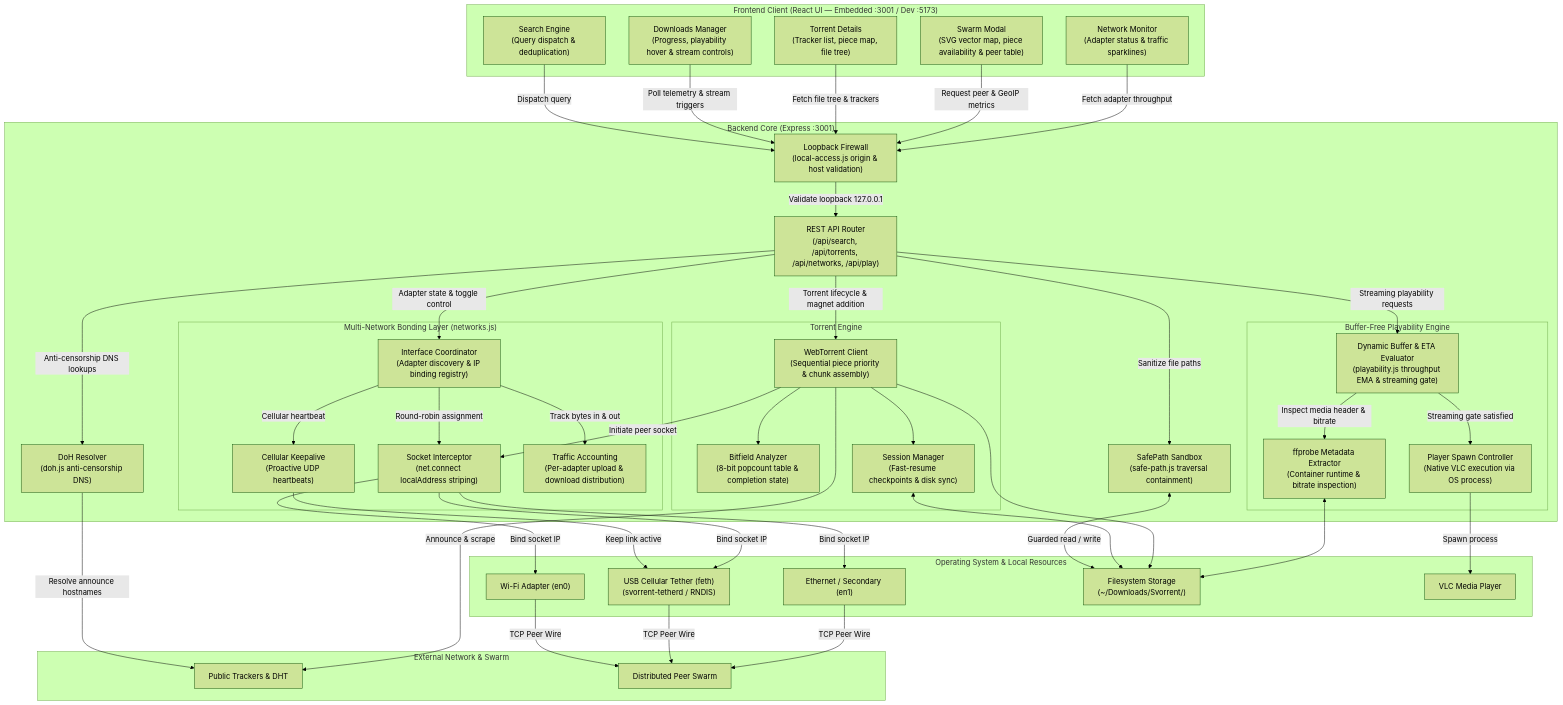
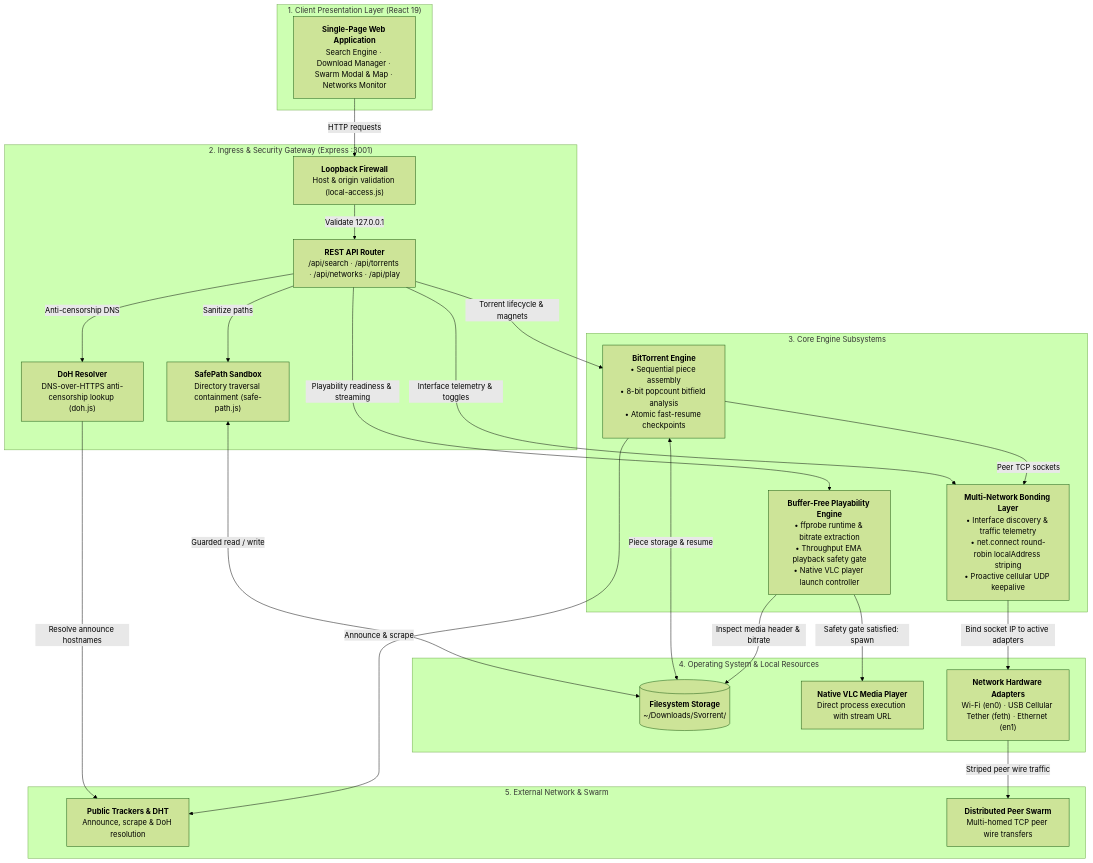
The diagram in README.md (AdhishXD/svorrent), drawn with Mermaid (forest theme) before and after one commit. The commit also changed 1 other file, not shown here.

Commit message:
docs: replace single-adapter networks screenshot with multi-bonding and simplify architecture flowchart

````diff
--- a/README.md
+++ b/README.md
@@ -193,96 +193,55 @@
 ```mermaid
 flowchart TD
-    subgraph Client["Frontend Client (React UI — Embedded :3001 / Dev :5173)"]
-        UI_Search["Search Engine<br/>(Query dispatch & deduplication)"]
-        UI_Queue["Downloads Manager<br/>(Progress, playability hover & stream controls)"]
-        UI_Details["Torrent Details<br/>(Tracker list, piece map, file tree)"]
-        UI_Swarm["Swarm Modal<br/>(SVG vector map, piece availability & peer table)"]
-        UI_Net["Network Monitor<br/>(Adapter status & traffic sparklines)"]
+    subgraph Client["1. Client Presentation Layer (React 19)"]
+        UI["<b>Single-Page Web Application</b><br/>Search Engine · Download Manager · Swarm Modal & Map · Networks Monitor"]
     end
 
-    subgraph Server["Backend Core (Express :3001)"]
-        Firewall["Loopback Firewall<br/>(local-access.js origin & host validation)"]
-        API["REST API Router<br/>(/api/search, /api/torrents, /api/networks, /api/play)"]
-        SafePath["SafePath Sandbox<br/>(safe-path.js traversal containment)"]
-        DoH["DoH Resolver<br/>(doh.js anti-censorship DNS)"]
+    subgraph Gateway["2. Ingress & Security Gateway (Express :3001)"]
+        Firewall["<b>Loopback Firewall</b><br/>Host & origin validation (local-access.js)"]
+        API["<b>REST API Router</b><br/>/api/search · /api/torrents · /api/networks · /api/play"]
+        SafePath["<b>SafePath Sandbox</b><br/>Directory traversal containment (safe-path.js)"]
+        DoH["<b>DoH Resolver</b><br/>DNS-over-HTTPS anti-censorship lookup (doh.js)"]
 
-        subgraph TorrentEngine["Torrent Engine"]
-            WT["WebTorrent Client<br/>(Sequential piece priority & chunk assembly)"]
-            Bitfield["Bitfield Analyzer<br/>(8-bit popcount table & completion state)"]
-            Session["Session Manager<br/>(Fast-resume checkpoints & disk sync)"]
-        end
-
-        subgraph MediaEngine["Buffer-Free Playability Engine"]
-            Calc["Dynamic Buffer & ETA Evaluator<br/>(playability.js throughput EMA & streaming gate)"]
-            Probe["ffprobe Metadata Extractor<br/>(Container runtime & bitrate inspection)"]
-            Launcher["Player Spawn Controller<br/>(Native VLC execution via OS process)"]
-        end
-
-        subgraph NetLayer["Multi-Network Bonding Layer (networks.js)"]
-            NetMgr["Interface Coordinator<br/>(Adapter discovery & IP binding registry)"]
-            SocketHook["Socket Interceptor<br/>(net.connect localAddress striping)"]
-            Keepalive["Cellular Keepalive<br/>(Proactive UDP heartbeats)"]
-            Telemetry["Traffic Accounting<br/>(Per-adapter upload & download distribution)"]
-        end
+        Firewall -->|Validate 127.0.0.1| API
+        API -->|Sanitize paths| SafePath
+        API -->|Anti-censorship DNS| DoH
     end
 
-    subgraph OS["Operating System & Local Resources"]
-        IF_WiFi["Wi-Fi Adapter (en0)"]
-        IF_Tether["USB Cellular Tether (feth)<br/>(svorrent-tetherd / RNDIS)"]
-        IF_Eth["Ethernet / Secondary (en1)"]
-        Disk["Filesystem Storage<br/>(~/Downloads/Svorrent/)"]
-        VLC["VLC Media Player"]
+    subgraph Core["3. Core Engine Subsystems"]
+        WT["<b>BitTorrent Engine</b><br/>• Sequential piece assembly<br/>• 8-bit popcount bitfield analysis<br/>• Atomic fast-resume checkpoints"]
+        Play["<b>Buffer-Free Playability Engine</b><br/>• ffprobe runtime & bitrate extraction<br/>• Throughput EMA playback safety gate<br/>• Native VLC player launch controller"]
+        Bond["<b>Multi-Network Bonding Layer</b><br/>• Interface discovery & traffic telemetry<br/>• net.connect round-robin localAddress striping<br/>• Proactive cellular UDP keepalive"]
     end
 
-    subgraph Remote["External Network & Swarm"]
-        Trackers["Public Trackers & DHT"]
-        Peers["Distributed Peer Swarm"]
+    subgraph OS["4. Operating System & Local Resources"]
+        Disk[("<b>Filesystem Storage</b><br/>~/Downloads/Svorrent/")]
+        VLC["<b>Native VLC Media Player</b><br/>Direct process execution with stream URL"]
+        Nets["<b>Network Hardware Adapters</b><br/>Wi-Fi (en0) · USB Cellular Tether (feth) · Ethernet (en1)"]
     end
 
-    %% Inbound Security & Request Routing
-    UI_Search -->|Dispatch query| Firewall
-    UI_Queue -->|Poll telemetry & stream triggers| Firewall
-    UI_Details -->|Fetch file tree & trackers| Firewall
-    UI_Swarm -->|Request peer & GeoIP metrics| Firewall
-    UI_Net -->|Fetch adapter throughput| Firewall
+    subgraph External["5. External Network & Swarm"]
+        Trackers["<b>Public Trackers & DHT</b><br/>Announce, scrape & DoH resolution"]
+        Peers["<b>Distributed Peer Swarm</b><br/>Multi-homed TCP peer wire transfers"]
+    end
 
-    Firewall -->|Validate loopback 127.0.0.1| API
-    API -->|Sanitize file paths| SafePath
+    %% Inbound flow
+    UI -->|HTTP requests| Firewall
+
+    %% Gateway dispatches to engines
+    API -->|Torrent lifecycle & magnets| WT
+    API -->|Playability readiness & streaming| Play
+    API -->|Interface telemetry & toggles| Bond
+
+    %% Engines interactions with local resources
     SafePath <-->|Guarded read / write| Disk
+    WT <-->|Piece storage & resume| Disk
+    Play -->|Inspect media header & bitrate| Disk
+    Play -->|Safety gate satisfied: spawn| VLC
+    WT -->|Peer TCP sockets| Bond
+    Bond -->|Bind socket IP to active adapters| Nets
 
-    %% API Dispatches to Subsystems
-    API -->|Torrent lifecycle & magnet addition| WT
-    API -->|Adapter state & toggle control| NetMgr
-    API -->|Streaming playability requests| Calc
-    API -->|Anti-censorship DNS lookups| DoH
-
-    %% Torrent Engine orchestration
-    WT --> Bitfield
-    WT --> Session
-    Session <--> Disk
-    WT --> Disk
+    %% External connectivity
     DoH -->|Resolve announce hostnames| Trackers
     WT -->|Announce & scrape| Trackers
-
-    %% Playability flow
-    Calc -->|Inspect media header & bitrate| Probe
-    Probe <--> Disk
-    Calc -->|Streaming gate satisfied| Launcher
-    Launcher -->|Spawn process| VLC
-
-    %% Multi-network socket routing
-    NetMgr -->|Round-robin assignment| SocketHook
-    NetMgr -->|Cellular heartbeat| Keepalive
-    NetMgr -->|Track bytes in & out| Telemetry
-    Keepalive -->|Keep link active| IF_Tether
-
-    WT -->|Initiate peer socket| SocketHook
-    SocketHook -->|Bind socket IP| IF_WiFi
-    SocketHook -->|Bind socket IP| IF_Tether
-    SocketHook -->|Bind socket IP| IF_Eth
-
-    %% Uplinks to Remote Swarm
-    IF_WiFi -->|TCP Peer Wire| Peers
-    IF_Tether -->|TCP Peer Wire| Peers
-    IF_Eth -->|TCP Peer Wire| Peers
+    Nets -->|Striped peer wire traffic| Peers
 ```
````
